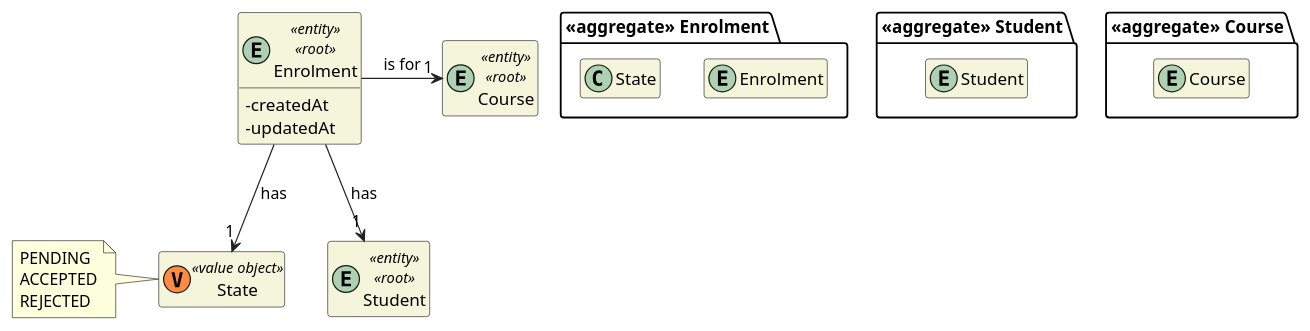
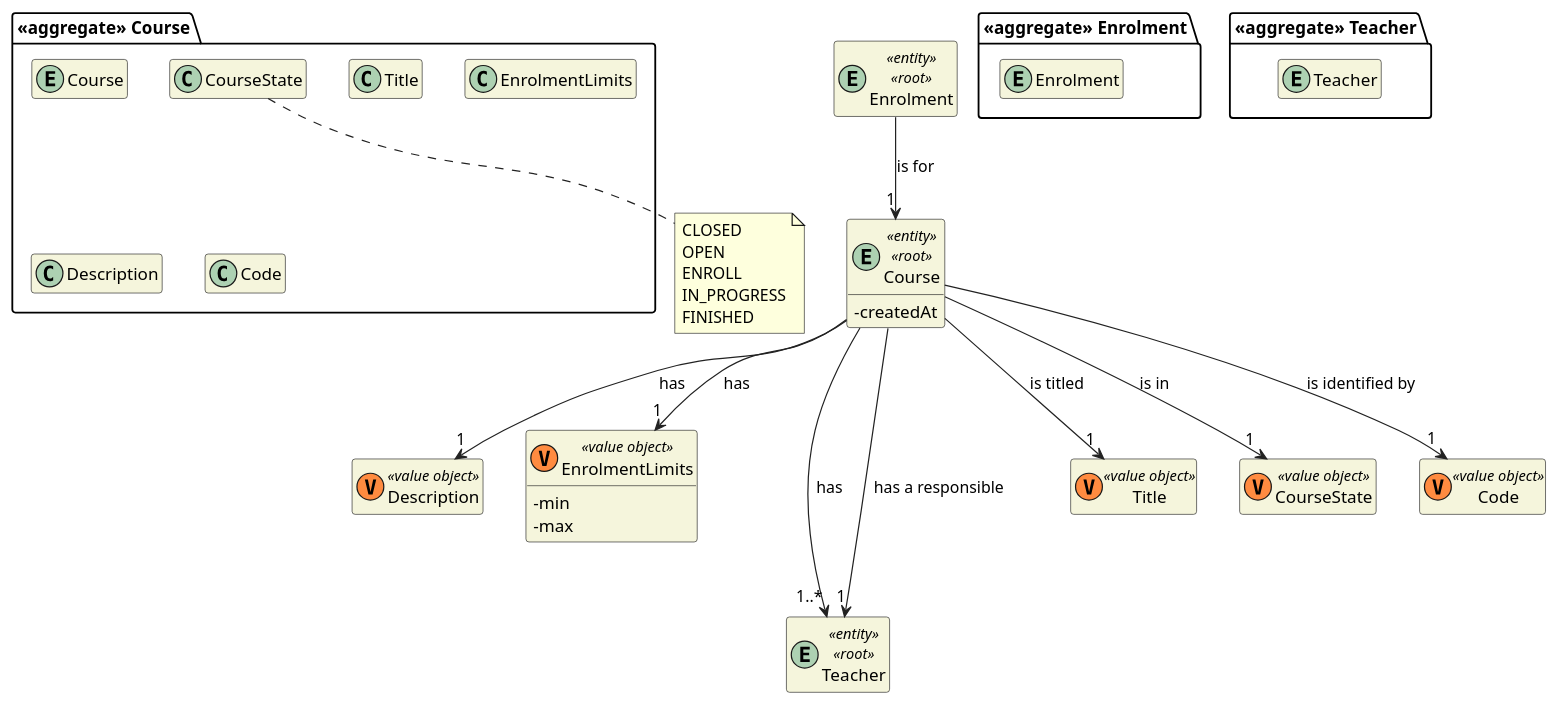
The diagram in docs/sprint-b/us09-1003/US1003_DM.puml (miseEnPlace-dev/lapr4), drawn with PlantUML before and after one commit. The commit also changed 11 other files, not shown here.

```diff
--- a/docs/sprint-b/us09-1003/US1003_DM.puml
+++ b/docs/sprint-b/us09-1003/US1003_DM.puml
@@ -1,50 +1,62 @@
 @startuml US1003_DM
 'https://plantuml.com/class-diagram
 
 skinparam classAttributeIconSize 0
 hide empty attributes
 hide empty methods
 skinparam classBackgroundColor beige
 skinparam ArrowColor #222222
 
+package "<<aggregate>> Course" {
+  entity Course
+
+  class Title
+  class CourseState
+
+  class EnrolmentLimits
+  class Description
+
+  class Code
+}
+
+class Description <<(V,#FF8B40) value object>> {}
+class EnrolmentLimits <<(V,#FF8B40) value object>> {
+  - min
+  - max
+}
+
 package "<<aggregate>> Enrolment" {
   entity Enrolment
-
-  class State
 }
 
+entity Course <<entity>> <<root>> {
+  - createdAt
+}
 
 entity Enrolment <<entity>> <<root>> {
-  - createdAt
-  - updatedAt
 }
 
-package "<<aggregate>> Student" {
-  entity Student
+package "<<aggregate>> Teacher" {
+  entity Teacher
 }
 
-
-entity Student <<entity>> <<root>> {
+entity Teacher <<entity>> <<root>> {
 }
 
-package "<<aggregate>> Course" {
-  entity Course
-}
+note bottom of CourseState : CLOSED\nOPEN\nENROLL\nIN_PROGRESS\nFINISHED
 
+class Title <<(V,#FF8B40) value object>> {}
+class CourseState <<(V,#FF8B40) value object>> {}
+class Code <<(V,#FF8B40) value object>> {}
 
-entity Course <<entity>> <<root>> {
-}
+Course --> "1" Title : is titled
+Course ---> "1..*" Teacher : has
+Course --> "1" Teacher : has a responsible
+Course --> "1" CourseState : is in
+Course --> "1" Description : has
+Course --> "1" EnrolmentLimits : has
+Course --> "1" Code : is identified by
 
-class State <<(V,#FF8B40) value object>> {}
-note left of State
-  PENDING
-  ACCEPTED
-  REJECTED
-end note
-
-Enrolment --> "1" State : has
-
-Enrolment --> "1" Student : has
-Enrolment -> "1" Course : is for
+Enrolment --> "1" Course : is for
 
 @enduml
```
